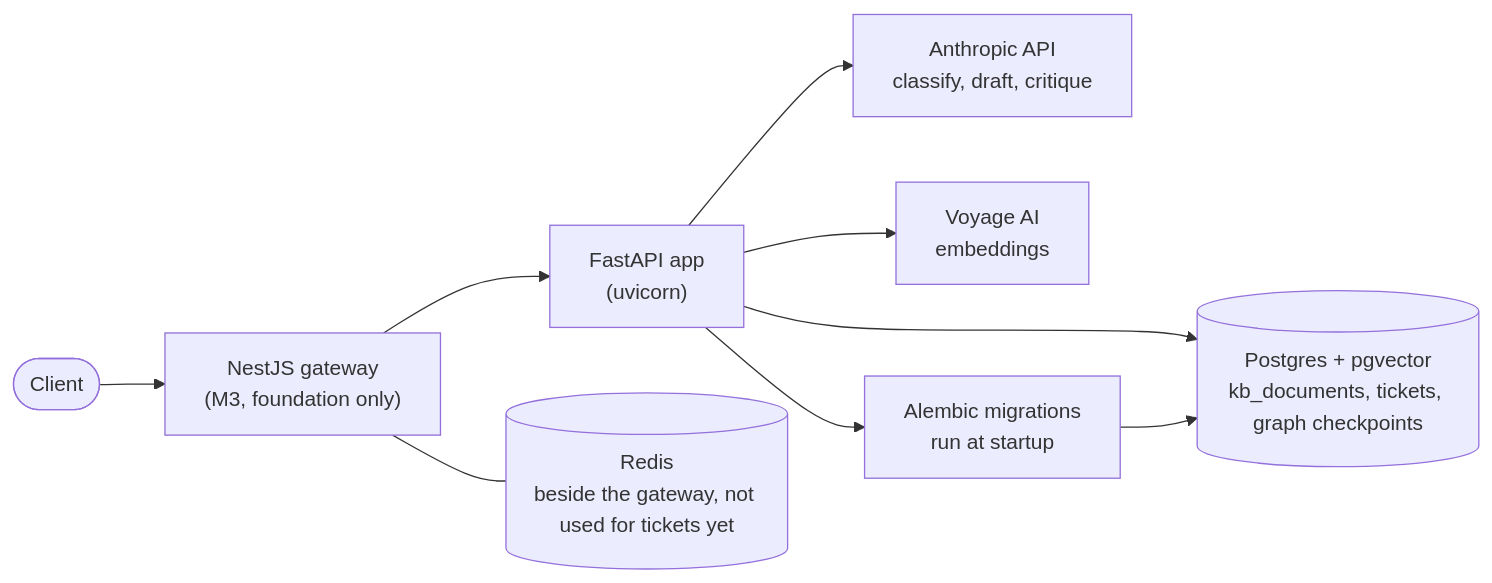
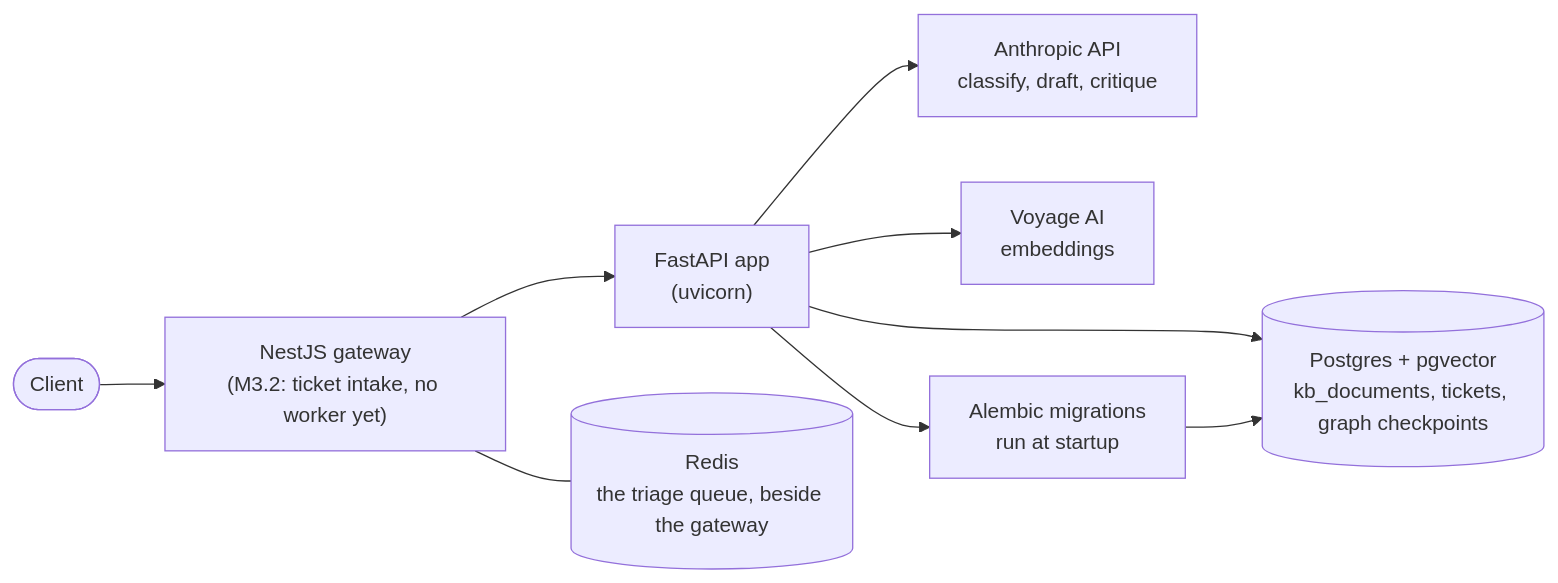
Before and after one commit to ObiomaIkpe/TriageIQ: the second of 2 diagrams in README.md, drawn with Mermaid. The commit also changed other lines of this file and 27 other files, not shown here.

Commit message:
gateway: add POST /tickets intake and GET /jobs/:id on a BullMQ queue

````diff
--- a/README.md
+++ b/README.md
@@ -62,11 +62,11 @@
 ```mermaid
 flowchart LR
-    client([Client]) --> gateway["NestJS gateway<br/>(M3, foundation only)"]
+    client([Client]) --> gateway["NestJS gateway<br/>(M3.2: ticket intake, no worker yet)"]
     gateway --> app
-    gateway --- redis[("Redis<br/>beside the gateway, not used for tickets yet")]
+    gateway --- redis[("Redis<br/>the triage queue, beside the gateway")]
     app["FastAPI app<br/>(uvicorn)"] --> anthropic["Anthropic API<br/>classify, draft, critique"]
     app --> voyage["Voyage AI<br/>embeddings"]
     app --> pg[("Postgres + pgvector<br/>kb_documents, tickets, graph checkpoints")]
     app --> alembic["Alembic migrations<br/>run at startup"]
     alembic --> pg
 ```
````
